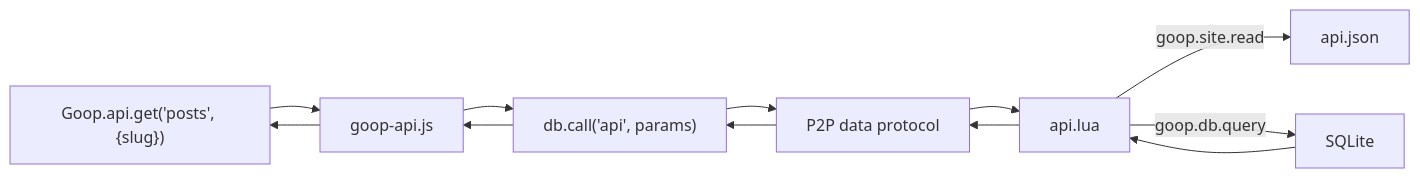
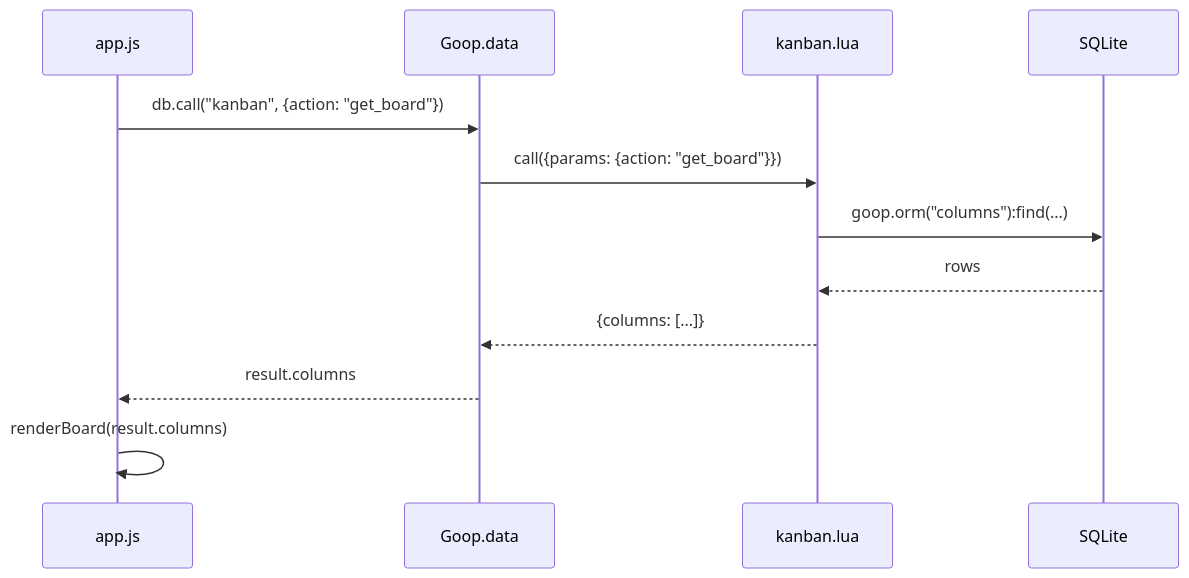
The second of 3 diagrams in internal/shareddocs/lua.md (petervdpas/goop2), drawn with Mermaid before and after one commit. The commit also changed other lines of this file and 27 other files, not shown here.

````diff
--- a/internal/shareddocs/lua.md
+++ b/internal/shareddocs/lua.md
@@ -194,15 +84,15 @@
 ```mermaid
-flowchart LR
-    JS["Goop.api.get('posts', {slug})"]
-    SDK["goop-api.js"]
-    DC["db.call('api', params)"]
-    P2P["P2P data protocol"]
-    LUA["api.lua"]
-    CFG["api.json"]
-    DB["SQLite"]
+sequenceDiagram
+    participant JS as app.js
+    participant SDK as Goop.data
+    participant LUA as kanban.lua
+    participant DB as SQLite
 
-    JS --> SDK --> DC --> P2P --> LUA
-    LUA -->|"goop.site.read"| CFG
-    LUA -->|"goop.db.query"| DB
-    DB --> LUA --> P2P --> DC --> SDK --> JS
+    JS->>SDK: db.call("kanban", {action: "get_board"})
+    SDK->>LUA: call({params: {action: "get_board"}})
+    LUA->>DB: goop.orm("columns"):find(...)
+    DB-->>LUA: rows
+    LUA-->>SDK: {columns: [...]}
+    SDK-->>JS: result.columns
+    JS->>JS: renderBoard(result.columns)
 ```
````
